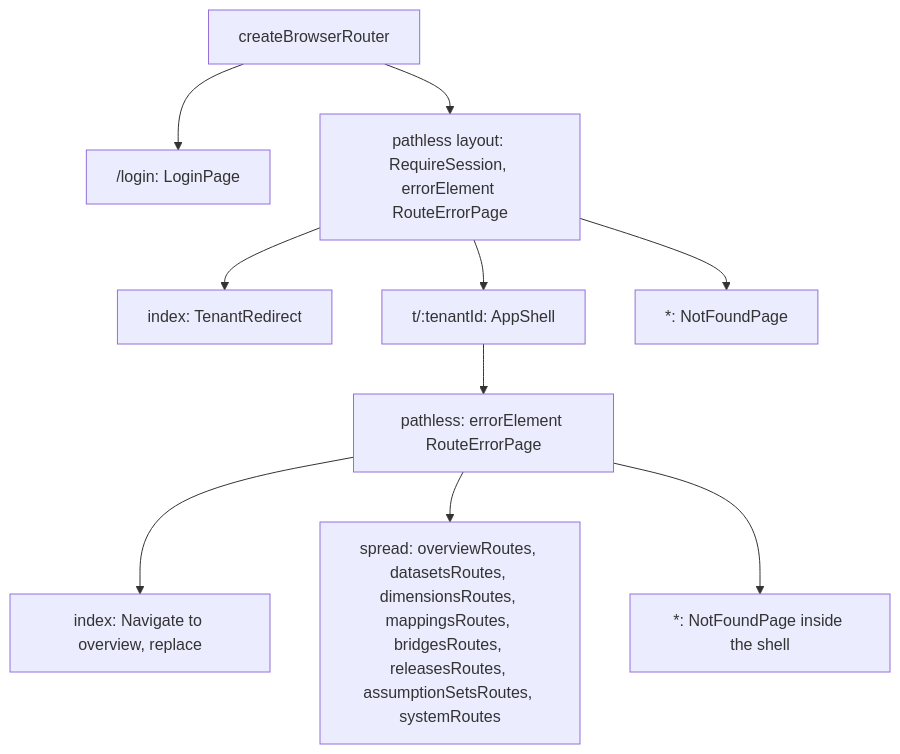
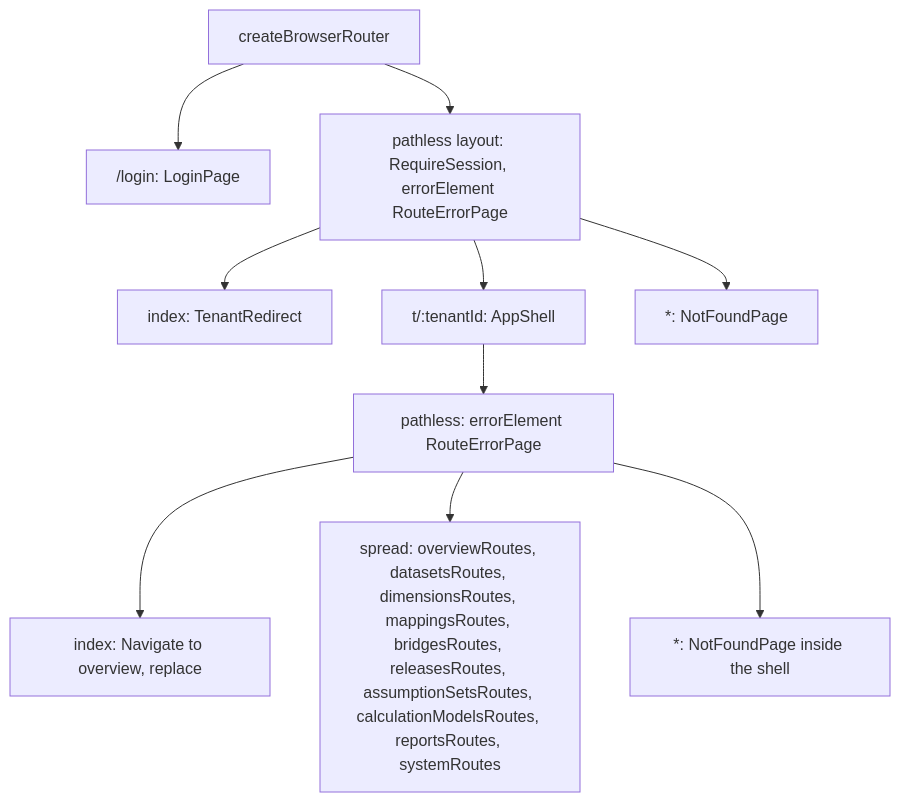
Before and after one commit to chrisaliotta/Quantalytix.QueryEngine.Admin: the second of 6 diagrams in web/docs/architecture/02-composition.md, drawn with Mermaid. The commit also changed other lines of this file and 32 other files, not shown here.

First line of the commit message:
feat: integrate calculation models and reports into the architecture and navigation

````diff
--- a/web/docs/architecture/02-composition.md
+++ b/web/docs/architecture/02-composition.md
@@ -48,22 +48,22 @@
 ```mermaid
 flowchart TB
     BrowserRouter["createBrowserRouter"]
     LoginRoute["/login: LoginPage"]
     Guard["pathless layout: RequireSession, errorElement RouteErrorPage"]
     IndexRoute["index: TenantRedirect"]
     TenantRoute["t/:tenantId: AppShell"]
     Boundary["pathless: errorElement RouteErrorPage"]
     TenantIndex["index: Navigate to overview, replace"]
-    FeatureRoutes["spread: overviewRoutes, datasetsRoutes, dimensionsRoutes, mappingsRoutes, bridgesRoutes, releasesRoutes, assumptionSetsRoutes, systemRoutes"]
+    FeatureRoutes["spread: overviewRoutes, datasetsRoutes, dimensionsRoutes, mappingsRoutes, bridgesRoutes, releasesRoutes, assumptionSetsRoutes, calculationModelsRoutes, reportsRoutes, systemRoutes"]
     ShellNotFound["*: NotFoundPage inside the shell"]
     OuterNotFound["*: NotFoundPage"]
     BrowserRouter --> LoginRoute
     BrowserRouter --> Guard
     Guard --> IndexRoute
     Guard --> TenantRoute
     Guard --> OuterNotFound
     TenantRoute --> Boundary
     Boundary --> TenantIndex
     Boundary --> FeatureRoutes
     Boundary --> ShellNotFound
 ```
````
